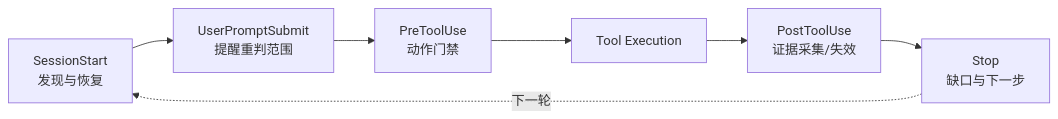
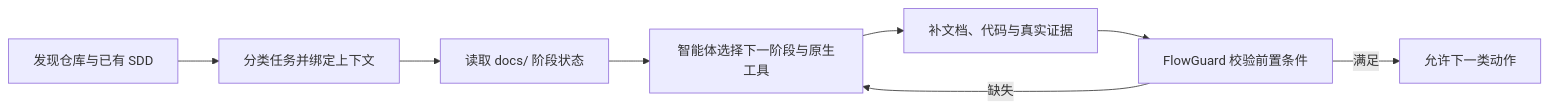
Before and after one commit to full-stack-plugins/flowguard-plugin: the second of 2 diagrams in docs/FlowGuard-Architecture.zh_CN.md, drawn with Mermaid. The commit also changed other lines of this file and 99 other files, not shown here.

First line of the commit message:
feat(flowguard): 十阶段文档治理与可信门禁收敛

````diff
--- a/docs/FlowGuard-Architecture.zh_CN.md
+++ b/docs/FlowGuard-Architecture.zh_CN.md
@@ -166,9 +56,10 @@
 ```mermaid
 flowchart LR
-    S[SessionStart<br/>发现与恢复] --> U[UserPromptSubmit<br/>提醒重判范围]
-    U --> P[PreToolUse<br/>动作门禁]
-    P --> T[Tool Execution]
-    T --> O[PostToolUse<br/>证据采集/失效]
-    O --> X[Stop<br/>缺口与下一步]
-    X -.下一轮.-> S
+    A[发现仓库与已有 SDD] --> B[分类任务并绑定上下文]
+    B --> C[读取 docs/ 阶段状态]
+    C --> D[智能体选择下一阶段与原生工具]
+    D --> E[补文档、代码与真实证据]
+    E --> F[FlowGuard 校验前置条件]
+    F -->|缺失| D
+    F -->|满足| G[允许下一类动作]
 ```
````
